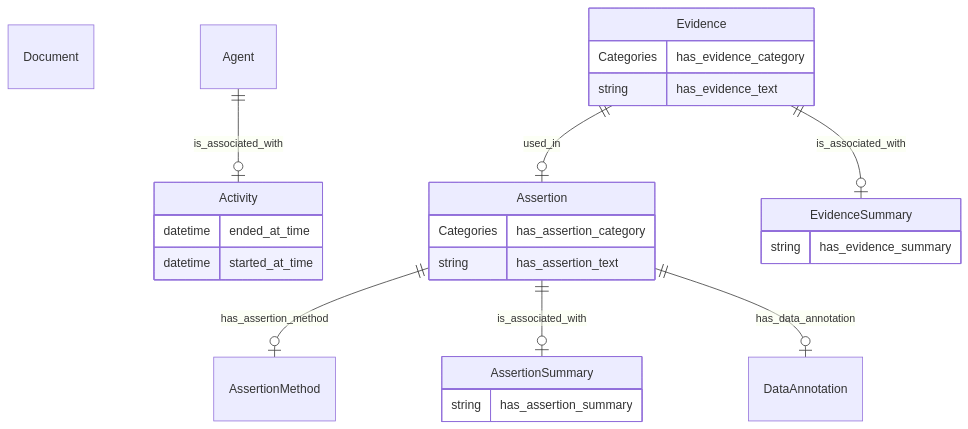
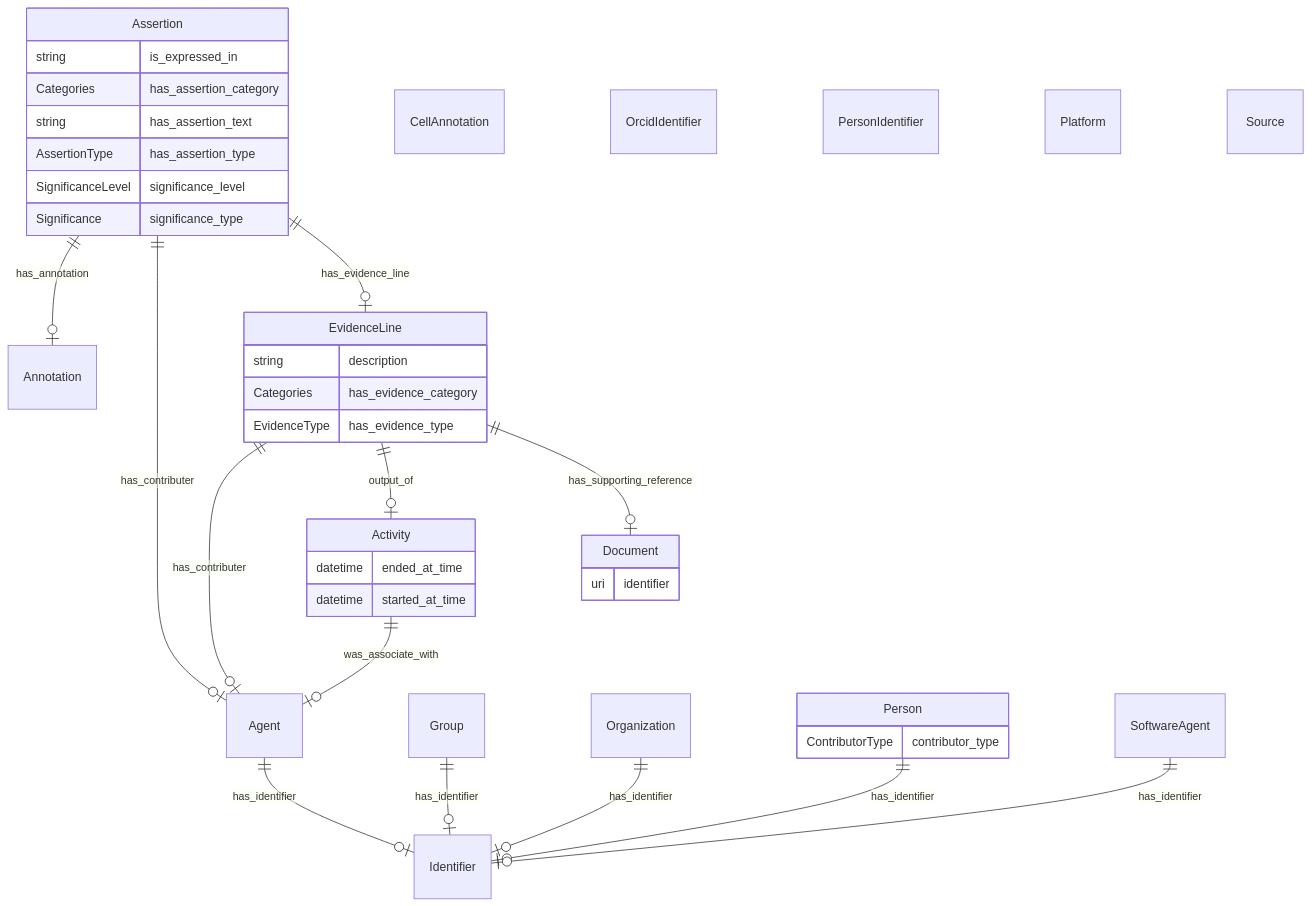
The diagram in erdiagram-autogen/assertion_evidence.md (brain-bican/models), drawn with Mermaid before and after one commit. The commit also changed 3 other files, not shown here.

Commit message:
generate another formats for assertion_evidence model

````diff
--- a/erdiagram-autogen/assertion_evidence.md
+++ b/erdiagram-autogen/assertion_evidence.md
@@ -1,41 +1,73 @@
 ```mermaid
 erDiagram
-Assertion {
-    Categories has_assertion_category  
-    string has_assertion_text  
-}
-Document {
-
-}
 Activity {
     datetime ended_at_time  
     datetime started_at_time  
 }
 Agent {
 
 }
-AssertionSummary {
-    string has_assertion_summary  
-}
-EvidenceSummary {
-    string has_evidence_summary  
-}
-AssertionMethod {
+Annotation {
 
 }
-DataAnnotation {
+Assertion {
+    string is_expressed_in  
+    Categories has_assertion_category  
+    string has_assertion_text  
+    AssertionType has_assertion_type  
+    SignificanceLevel significance_level  
+    Significance significance_type  
+}
+CellAnnotation {
 
 }
-Evidence {
+Document {
+    uri identifier  
+}
+EvidenceLine {
+    string description  
     Categories has_evidence_category  
-    string has_evidence_text  
+    EvidenceType has_evidence_type  
+}
+Group {
+
+}
+Identifier {
+
+}
+OrcidIdentifier {
+
+}
+Organization {
+
+}
+Person {
+    ContributorType contributor_type  
+}
+PersonIdentifier {
+
+}
+Platform {
+
+}
+SoftwareAgent {
+
+}
+Source {
+
 }
 
-Assertion ||--|o AssertionMethod : "has_assertion_method"
-Assertion ||--|o AssertionSummary : "is_associated_with"
-Assertion ||--|o DataAnnotation : "has_data_annotation"
-Agent ||--|o Activity : "is_associated_with"
-Evidence ||--|o Assertion : "used_in"
-Evidence ||--|o EvidenceSummary : "is_associated_with"
+Activity ||--|o Agent : "was_associate_with"
+Agent ||--|o Identifier : "has_identifier"
+Assertion ||--|o Annotation : "has_annotation"
+Assertion ||--|o Agent : "has_contributer"
+Assertion ||--|o EvidenceLine : "has_evidence_line"
+EvidenceLine ||--|o Agent : "has_contributer"
+EvidenceLine ||--|o Activity : "output_of"
+EvidenceLine ||--|o Document : "has_supporting_reference"
+Group ||--|o Identifier : "has_identifier"
+Organization ||--|o Identifier : "has_identifier"
+Person ||--|o Identifier : "has_identifier"
+SoftwareAgent ||--|o Identifier : "has_identifier"
 
 ```
````
